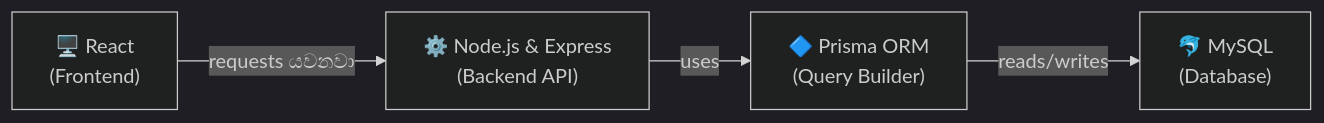
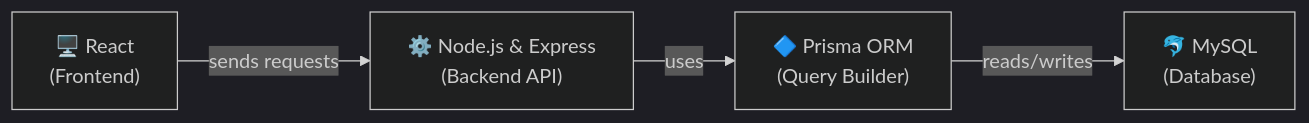
The first of 2 diagrams in database/sinhala-translation-document/README.md (Nimsika-Bosilu/designHer_2.0-Student-Attendance-Management-System), drawn with Mermaid (dark theme) before and after one commit. The commit also changed other lines of this file and 28 other files, not shown here.

````diff
--- a/database/sinhala-translation-document/README.md
+++ b/database/sinhala-translation-document/README.md
@@ -35,6 +35,6 @@
 ```mermaid
 flowchart LR
-    A["🖥️ React\n(Frontend)"] -->|"requests යවනවා"| B["⚙️ Node.js & Express\n(Backend API)"]
+    A["🖥️ React\n(Frontend)"] -->|"sends requests"| B["⚙️ Node.js & Express\n(Backend API)"]
     B -->|"uses"| C["🔷 Prisma ORM\n(Query Builder)"]
     C -->|"reads/writes"| D["🐬 MySQL\n(Database)"]
 ```
````
